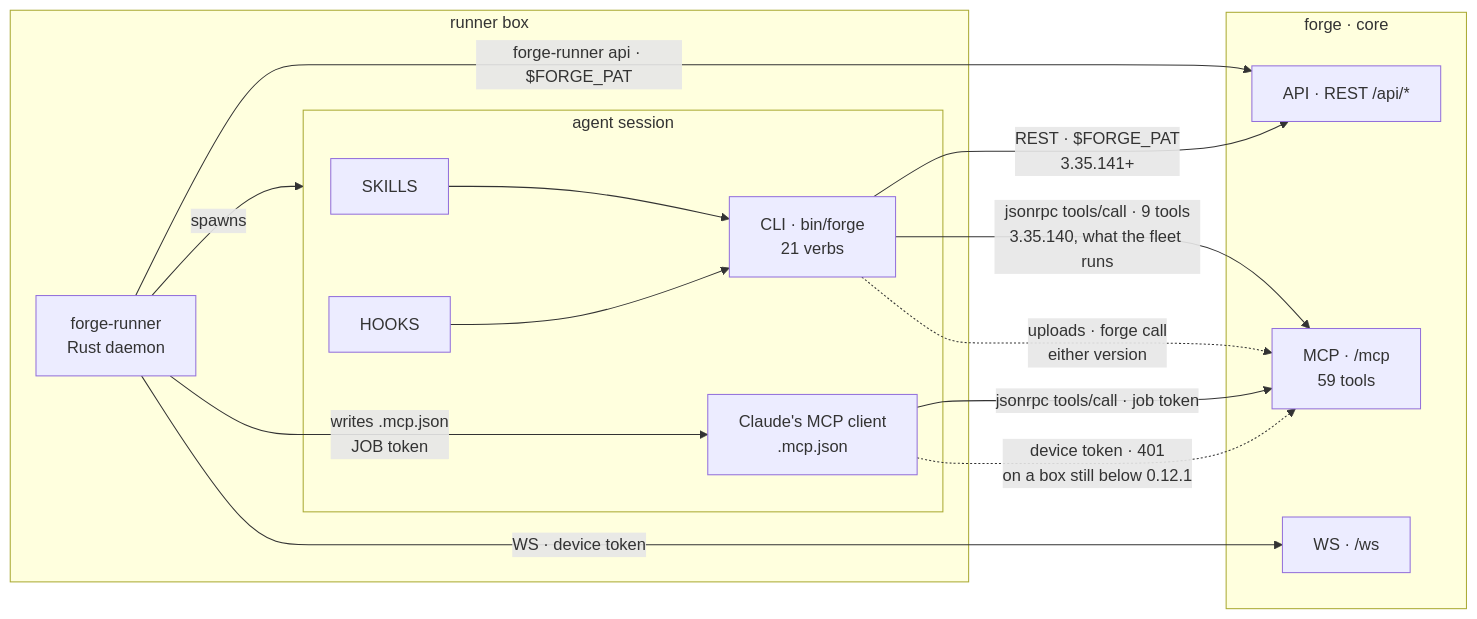
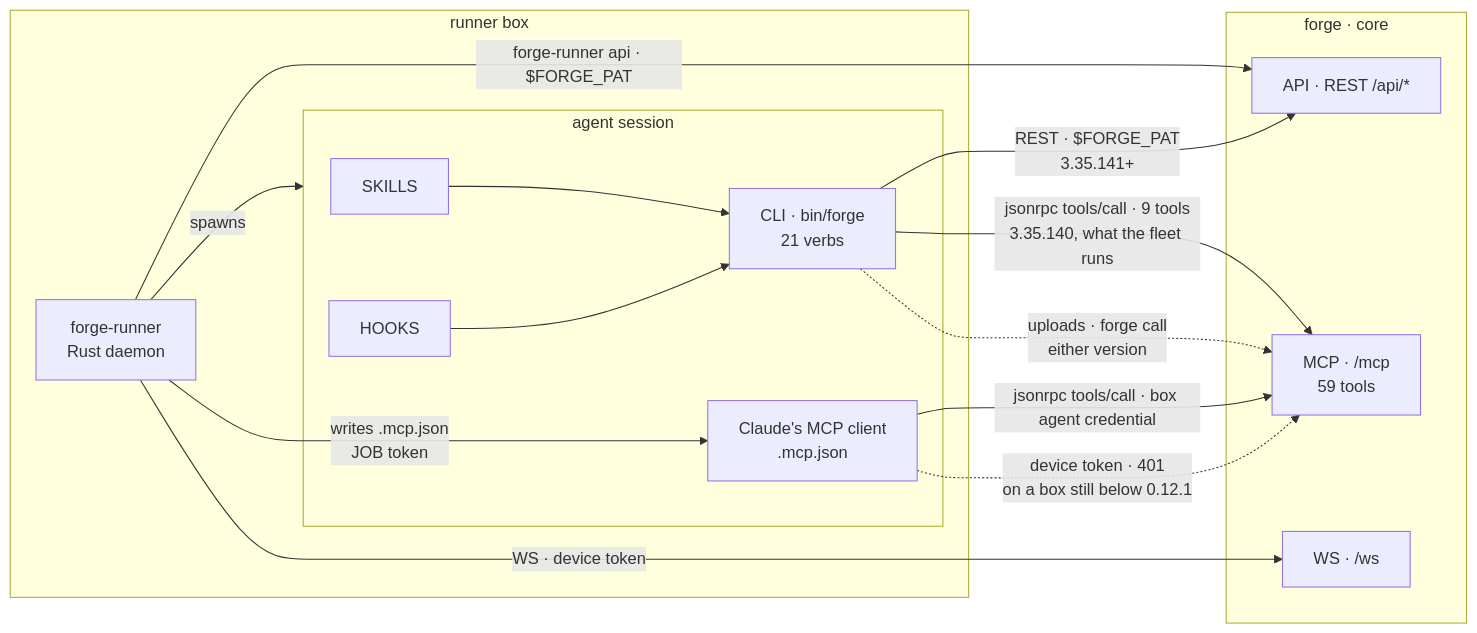
One commit to SidCorp-co/forge changed the first of 2 diagrams in docs/architecture/agent-surface.md. Above: the diagram before and after it, drawn with Mermaid. The commit also changed other lines of this file and 12 other files, not shown here.

````diff
--- a/docs/architecture/agent-surface.md
+++ b/docs/architecture/agent-surface.md
@@ -13,27 +13,27 @@
 ```mermaid
 flowchart LR
   subgraph BOX["runner box"]
     D["forge-runner<br/>Rust daemon"]
     subgraph S["agent session"]
       SK["SKILLS"] --> CLI["CLI · bin/forge<br/>21 verbs"]
       HK["HOOKS"] --> CLI
       MC["Claude's MCP client<br/>.mcp.json"]
     end
     D -->|spawns| S
     D -->|"writes .mcp.json<br/>JOB token"| MC
   end
 
   subgraph CORE["forge · core"]
     API["API · REST /api/*"]
     MCP["MCP · /mcp<br/>59 tools"]
     WS["WS · /ws"]
   end
 
   D -->|"WS · device token"| WS
   D -->|"forge-runner api · $FORGE_PAT"| API
   CLI -->|"REST · $FORGE_PAT<br/>3.35.141+"| API
   CLI -->|"jsonrpc tools/call · 9 tools<br/>3.35.140, what the fleet runs"| MCP
   CLI -.->|"uploads · forge call<br/>either version"| MCP
-  MC -->|"jsonrpc tools/call · job token"| MCP
+  MC -->|"jsonrpc tools/call · box agent credential"| MCP
   MC -.->|"device token · 401<br/>on a box still below 0.12.1"| MCP
 ```
````
